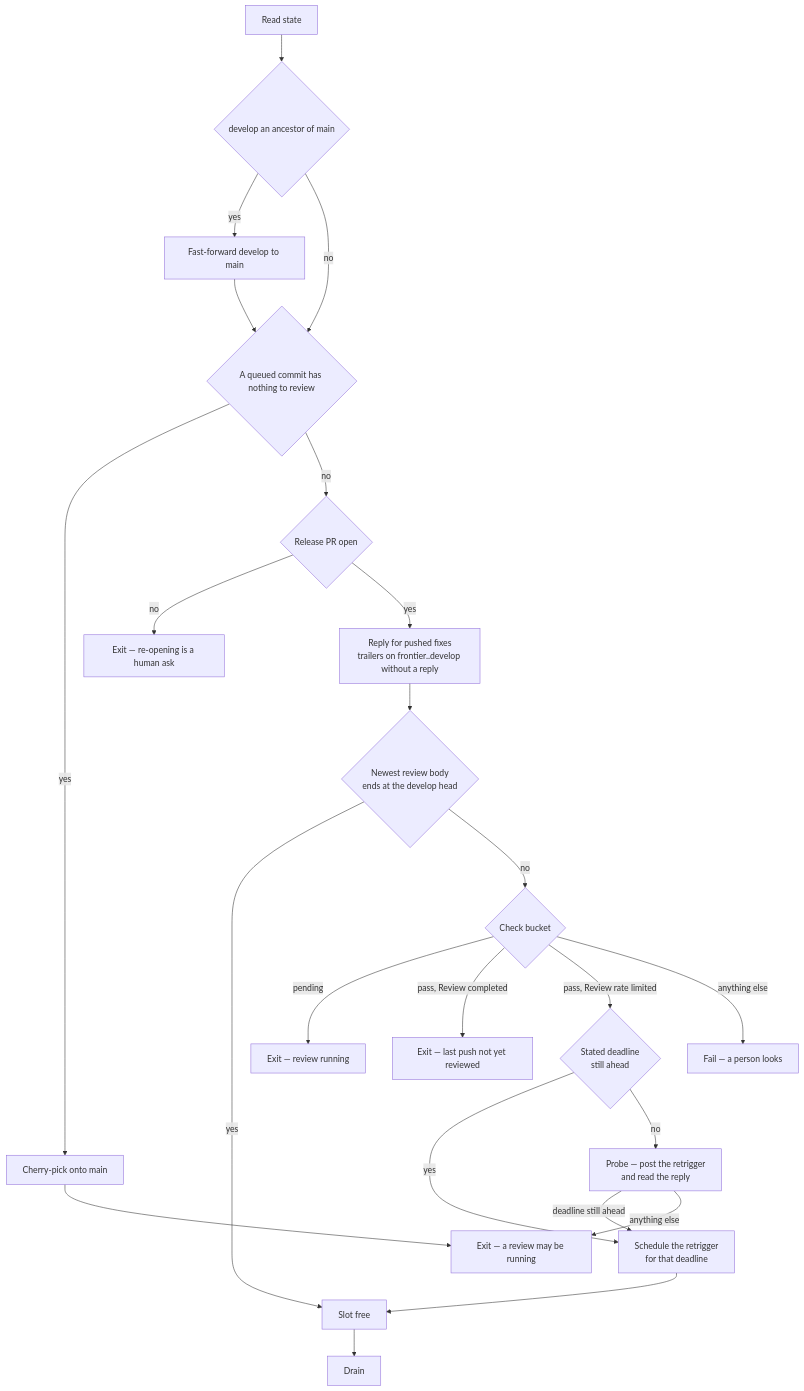
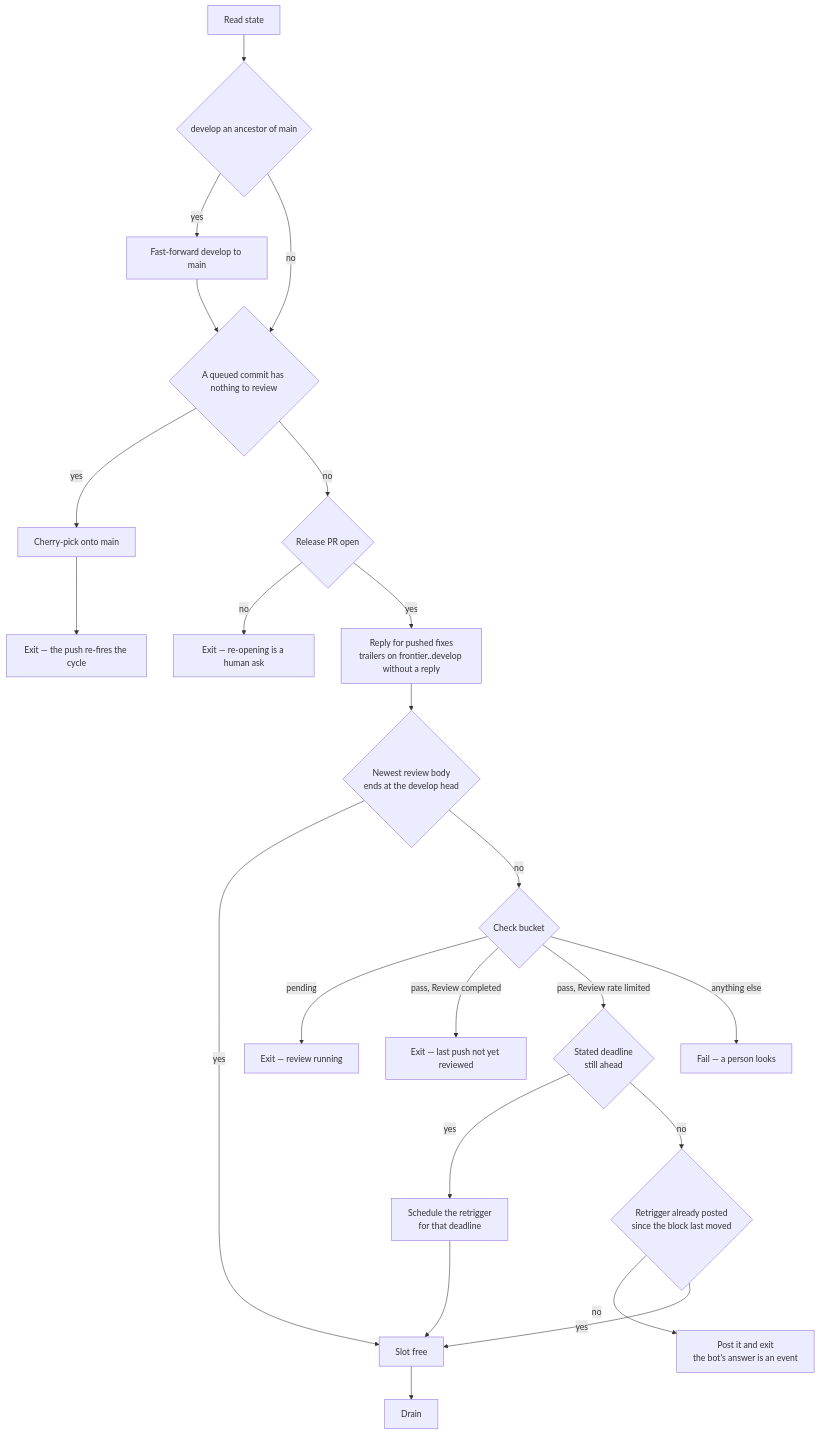
One commit to Esposter/Esposter changed the first of 2 diagrams in apps/web/content/docs/infra/review-collector/collection-cycle.md. Above: the diagram before and after it, drawn with Mermaid. The commit also changed other lines of this file and 26 other files, not shown here.

````diff
--- a/apps/web/content/docs/infra/review-collector/collection-cycle.md
+++ b/apps/web/content/docs/infra/review-collector/collection-cycle.md
@@ -39,24 +39,24 @@
 ```mermaid
 flowchart TD
   S[Read state] --> RS{develop an ancestor of main}
   RS -->|yes| FF[Fast-forward develop to main]
   RS -->|no| EL
   FF --> EL{A queued commit has nothing to review}
   EL -->|yes| CP[Cherry-pick onto main] --> X3[Exit — the push re-fires the cycle]
   EL -->|no| PR{Release PR open}
   PR -->|no| X0[Exit — re-opening is a human ask]
   PR -->|yes| RP[Reply for pushed fixes<br/>trailers on frontier..develop without a reply]
   RP --> B{Newest review body<br/>ends at the develop head}
   B -->|yes| OK[Slot free]
   B -->|no| ST{Check bucket}
   ST -->|pending| X1[Exit — review running]
   ST -->|pass, Review completed| X2[Exit — last push not yet reviewed]
   ST -->|pass, Review rate limited| DL{Stated deadline<br/>still ahead}
   DL -->|yes| SR[Schedule the retrigger<br/>for that deadline]
   SR --> OK
-  DL -->|no| PB[Probe — post the retrigger<br/>and read the reply]
-  PB -->|deadline still ahead| SR
-  PB -->|anything else| X3[Exit — a review may be running]
+  DL -->|no| AK{Retrigger already posted<br/>since the block last moved}
+  AK -->|no| PB[Post it and exit<br/>the bot's answer is an event]
+  AK -->|yes| OK
   ST -->|anything else| X4[Fail — a person looks]
   OK --> D[Drain]
 ```
````
